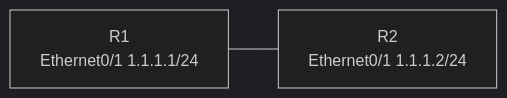
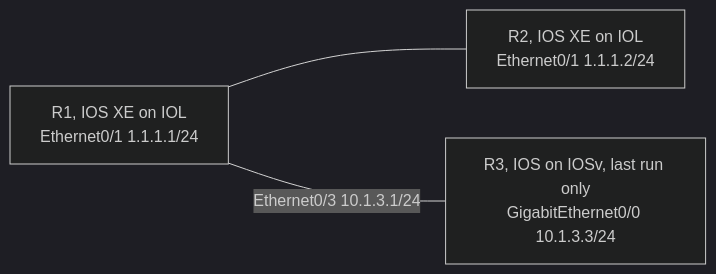
One commit to Bryancruzcb/network-change-validator changed the second of 4 diagrams in README.md. Above: the diagram before and after it, drawn with Mermaid (dark theme). The commit also changed other lines of this file and 128 other files, not shown here.

````diff
--- a/README.md
+++ b/README.md
@@ -130,6 +132,8 @@
 ```mermaid
 flowchart LR
-    R1["R1<br/>Ethernet0/1 1.1.1.1/24"]
-    R2["R2<br/>Ethernet0/1 1.1.1.2/24"]
+    R1["R1, IOS XE on IOL<br/>Ethernet0/1 1.1.1.1/24"]
+    R2["R2, IOS XE on IOL<br/>Ethernet0/1 1.1.1.2/24"]
+    R3["R3, IOS on IOSv, last run only<br/>GigabitEthernet0/0 10.1.3.3/24"]
     R1 --- R2
+    R1 ---|"Ethernet0/3 10.1.3.1/24"| R3
 ```
````
